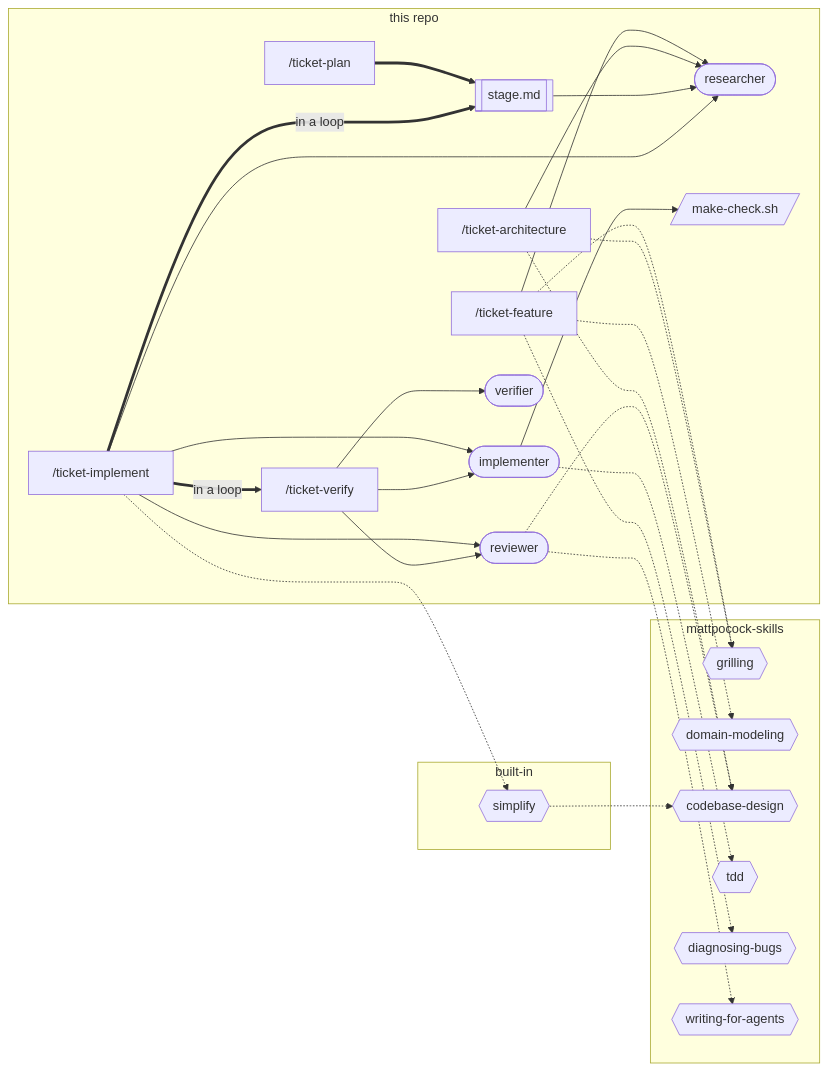
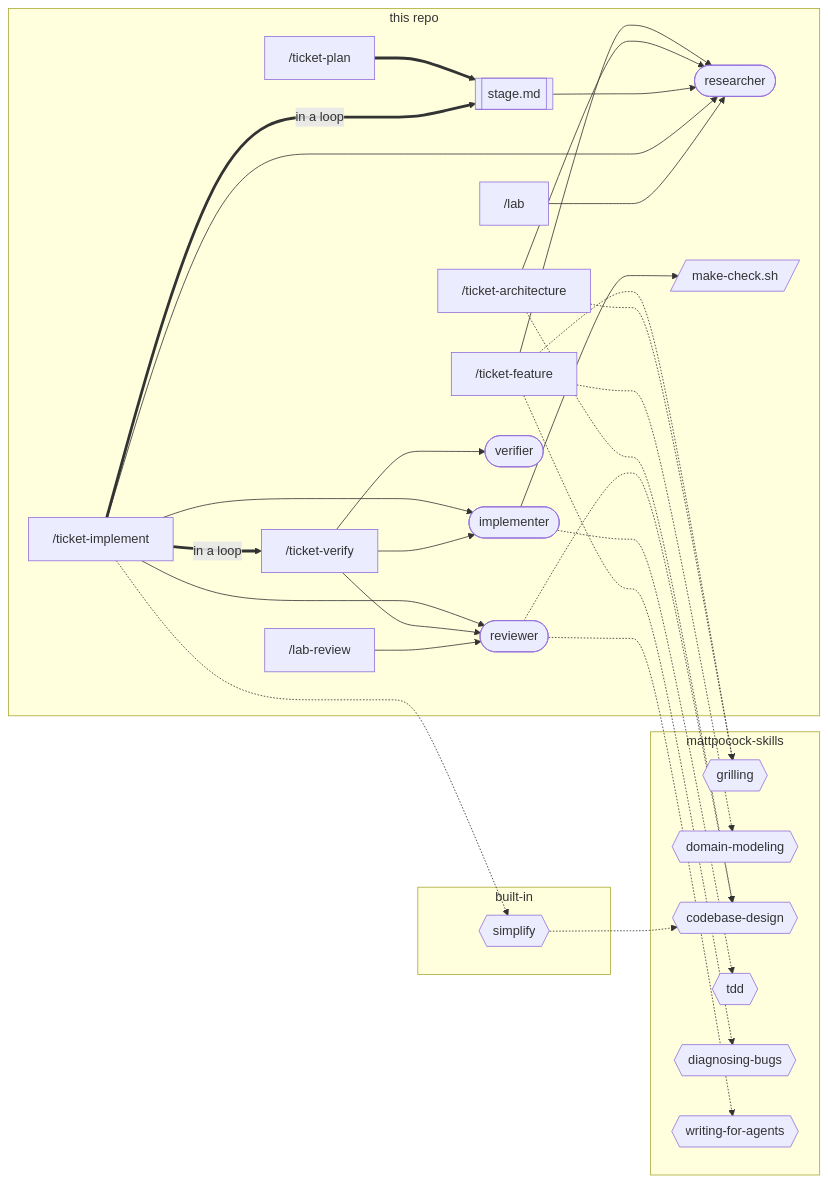
Before and after one commit to khotei/app-template: the second of 3 diagrams in docs/knowledge/sdd.md, drawn with Mermaid. The commit also changed other lines of this file and 13 other files, not shown here.

````diff
--- a/docs/knowledge/sdd.md
+++ b/docs/knowledge/sdd.md
@@ -144,42 +146,46 @@
 ```mermaid
 graph LR
   subgraph ours [this repo]
     feature["/ticket-feature"]
     arch["/ticket-architecture"]
     plan["/ticket-plan"]
     impl["/ticket-implement"]
     verify["/ticket-verify"]
+    lab["/lab"]
+    labreview["/lab-review"]
     researcher([researcher])
     implementer([implementer])
     reviewer([reviewer])
     verifier([verifier])
     hook[/make-check.sh/]
     stagemd[[stage.md]]
   end
   subgraph plugin [mattpocock-skills]
     grilling{{grilling}}
     modeling{{domain-modeling}}
     design{{codebase-design}}
     tdd{{tdd}}
     diagnosing{{diagnosing-bugs}}
     writing{{writing-for-agents}}
   end
   subgraph builtin [built-in]
     simplify{{simplify}}
   end
   feature -.-> grilling & modeling & diagnosing
   feature --> researcher
   arch -.-> design & grilling
   arch --> researcher
   plan ==> stagemd
   stagemd --> researcher
   impl --> implementer & reviewer & researcher
   impl ==>|in a loop| stagemd
   impl ==>|in a loop| verify
   impl -.-> simplify
   simplify -.-> design
   implementer -.-> tdd
   implementer --> hook
   verify --> verifier & reviewer & implementer
   reviewer -.-> design & writing
+  lab --> researcher
+  labreview --> reviewer
 ```
````
